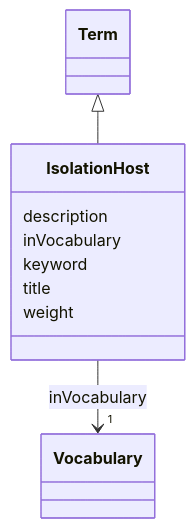
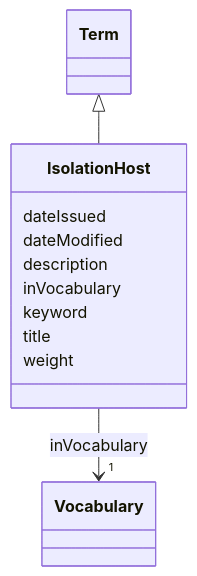
One commit to EVORA-project/evora-ontology changed the diagram in models/docs/IsolationHost.md. Above: the diagram before and after it, drawn with Mermaid. The commit also changed other lines of this file and 377 other files, not shown here.

````diff
--- a/models/docs/IsolationHost.md
+++ b/models/docs/IsolationHost.md
@@ -19,26 +19,30 @@
 ```mermaid
  classDiagram
     class IsolationHost
     click IsolationHost href "../IsolationHost"
       Term <|-- IsolationHost
         click Term href "../Term"
       
+      IsolationHost : dateIssued
+        
+      IsolationHost : dateModified
+        
       IsolationHost : description
         
       IsolationHost : inVocabulary
         
           
     
     
     IsolationHost --> "1" Vocabulary : inVocabulary
     click Vocabulary href "../Vocabulary"
 
         
       IsolationHost : keyword
         
       IsolationHost : title
         
       IsolationHost : weight
         
       
 ```
````
